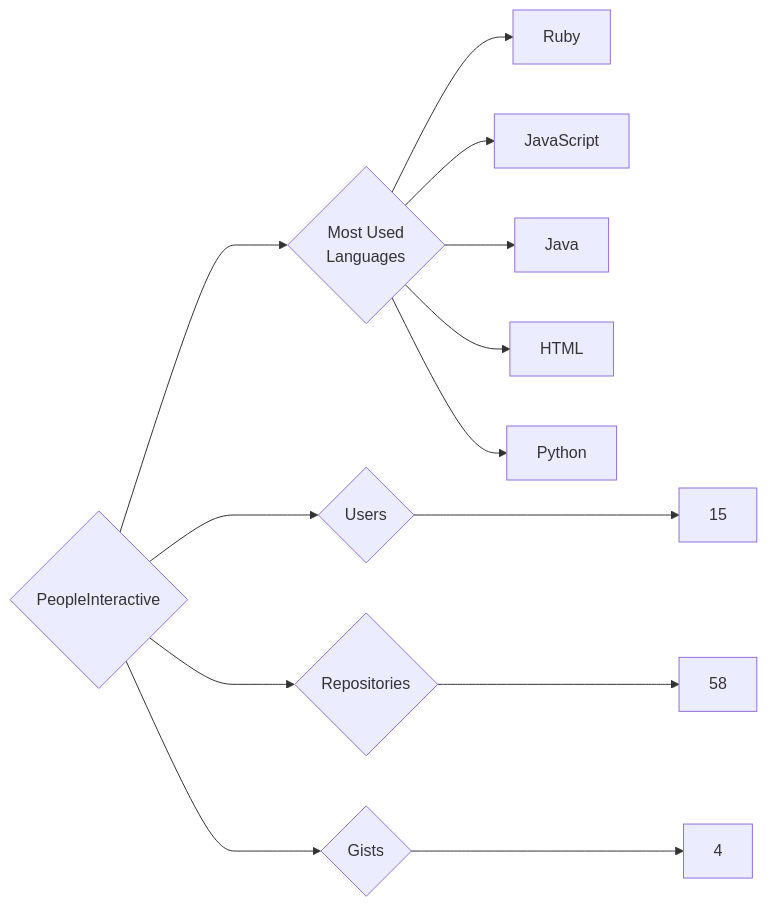
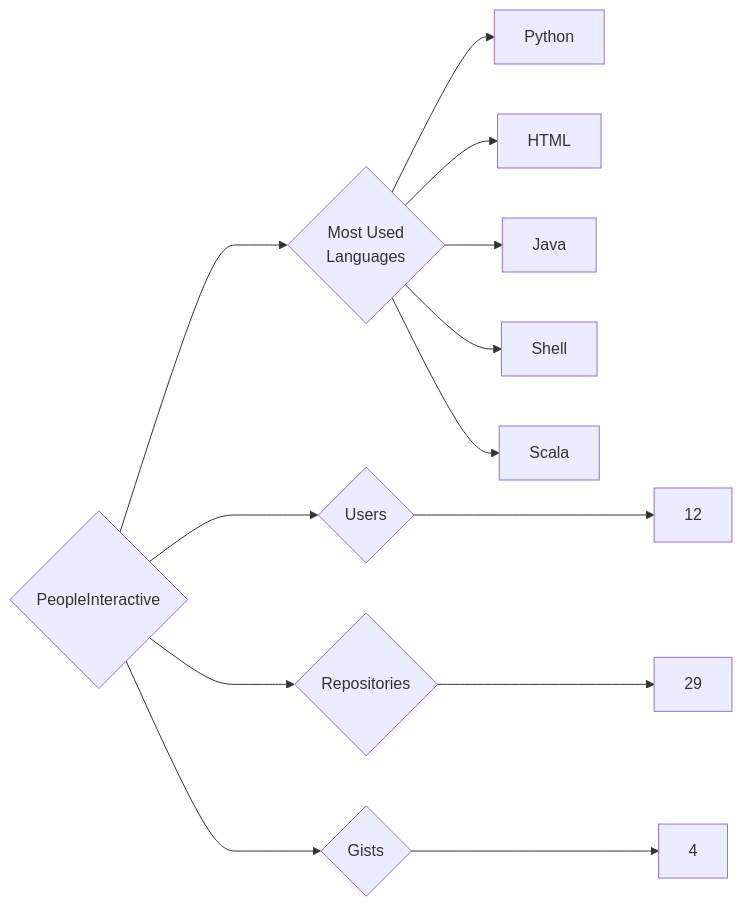
The diagram in targets/PeopleInteractive/README.md (trickest/insiders), drawn with Mermaid before and after one commit. The commit also changed 1508 other files, not shown here.

````diff
--- a/targets/PeopleInteractive/README.md
+++ b/targets/PeopleInteractive/README.md
@@ -3,13 +3,13 @@
 ```mermaid
 graph LR
 COMPANY_NAME{PeopleInteractive}
-COMPANY_NAME ---> U{Users} ---> UN[15]
-COMPANY_NAME ---> R{Repositories} ---> RN[58]
+COMPANY_NAME ---> U{Users} ---> UN[12]
+COMPANY_NAME ---> R{Repositories} ---> RN[29]
 COMPANY_NAME ---> G{Gists} ---> GN[4]
 COMPANY_NAME ---> ML{Most Used<br>Languages}
-ML --> Ruby[Ruby]
-ML --> JavaScript[JavaScript]
+ML --> Python[Python]
+ML --> HTML[HTML]
 ML --> Java[Java]
-ML --> HTML[HTML]
-ML --> Python[Python]
+ML --> Shell[Shell]
+ML --> Scala[Scala]
 ```
````
